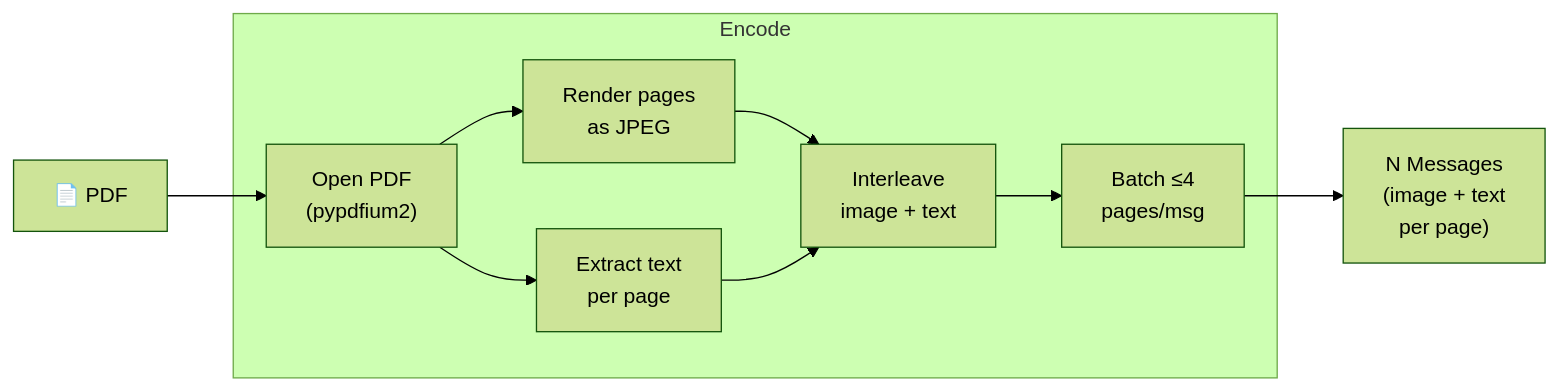
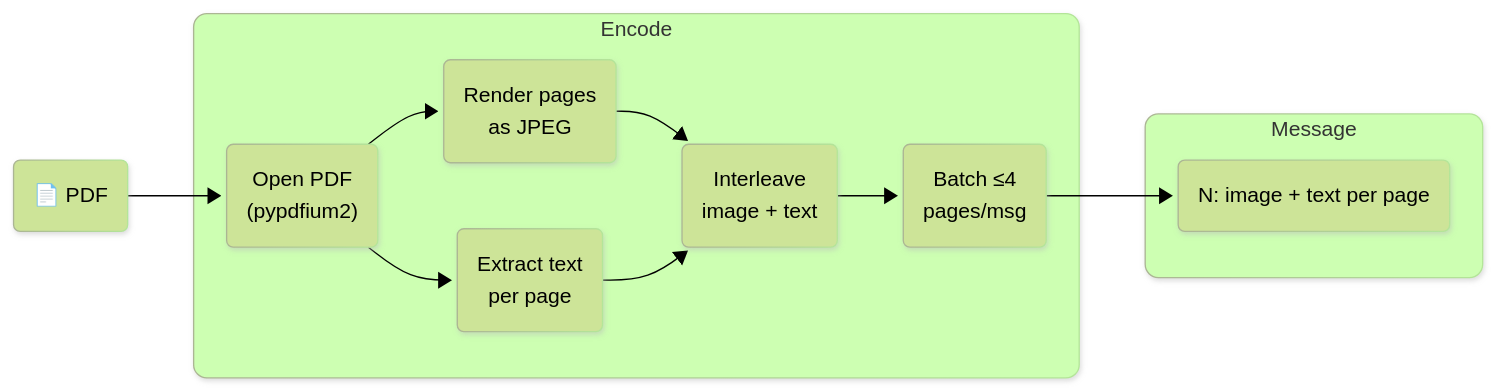
Before and after one commit to vlm-run/mm: diagram 15 of 17 in docs/ENCODERS.md, drawn with Mermaid (forest theme). The commit also changed other lines of this file and 1 other file, not shown here.

Commit message:
Use a proper message block with subgroups (#146)

````diff
--- a/docs/ENCODERS.md
+++ b/docs/ENCODERS.md
@@ -339,19 +410,24 @@
 ```mermaid
+%%{init: {'look': 'neo'} }%%
 graph LR
-  doc["📄 PDF"]
+  doc("📄 PDF")
 
   subgraph encode ["Encode"]
-    open["Open PDF\n(pypdfium2)"]
-    render["Render pages\nas JPEG"]
-    text["Extract text\nper page"]
-    interleave["Interleave\nimage + text"]
-    batch["Batch ≤4\npages/msg"]
+    open("Open PDF\n(pypdfium2)")
+    render("Render pages\nas JPEG")
+    text("Extract text\nper page")
+    interleave("Interleave\nimage + text")
+    batch("Batch ≤4\npages/msg")
   end
 
-  msgs["N Messages\n(image + text\nper page)"]
+  subgraph message ["Message"]
+    msgs("N: image + text per page")
+  end
 
   doc --> open
   open --> render --> interleave
   open --> text --> interleave
   interleave --> batch --> msgs
+  style encode rx:10px,ry:10px
+  style message rx:10px,ry:10px
 ```
````
